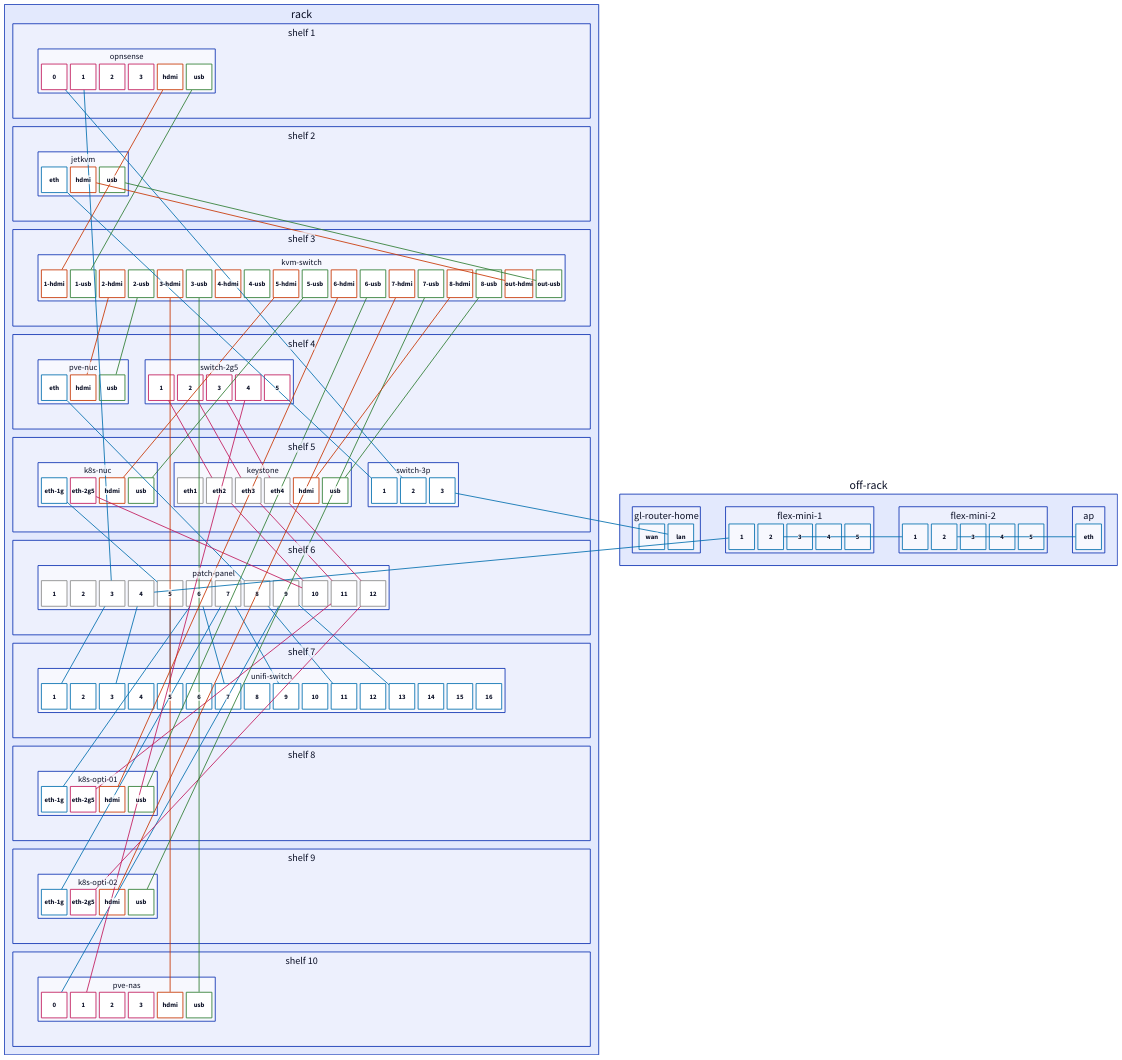
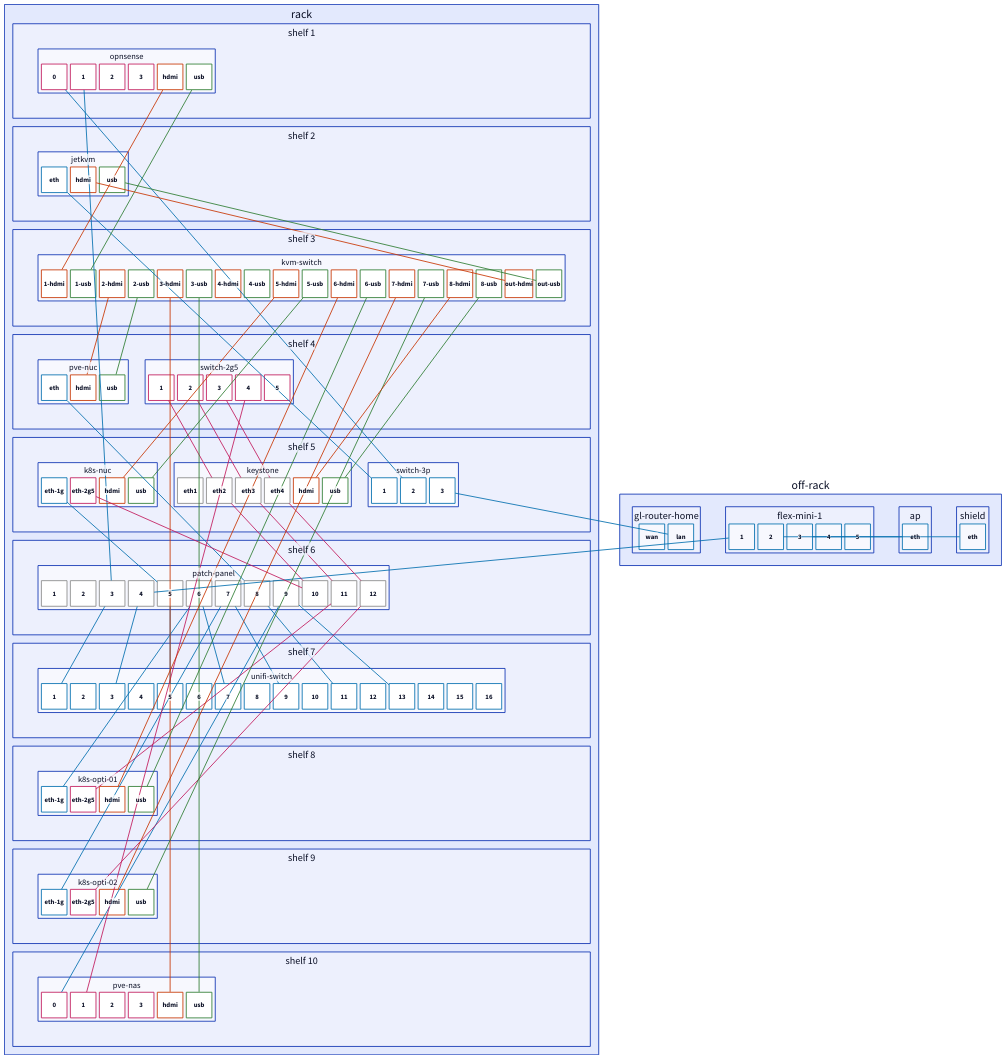
One commit to subbeh/home-ops changed the diagram in docs/diagrams/rack.d2. Above: the diagram before and after it, drawn with D2. The commit also changed 7 other files, not shown here.

First line of the commit message:
chore(network): list the off-rack Devices and their Cables

```diff
--- a/docs/diagrams/rack.d2
+++ b/docs/diagrams/rack.d2
@@ -205,16 +205,12 @@
     "4": {shape: square; width: 40; style.stroke: "#006EAF"}
     "5": {shape: square; width: 40; style.stroke: "#006EAF"}
   }
-  "flex-mini-2": {
+  "ap": {
     grid-rows: 1
     grid-gap: 8
-    "1": {shape: square; width: 40; style.stroke: "#006EAF"}
-    "2": {shape: square; width: 40; style.stroke: "#006EAF"}
-    "3": {shape: square; width: 40; style.stroke: "#006EAF"}
-    "4": {shape: square; width: 40; style.stroke: "#006EAF"}
-    "5": {shape: square; width: 40; style.stroke: "#006EAF"}
+    "eth": {shape: square; width: 40; style.stroke: "#006EAF"}
   }
-  "ap": {
+  "shield": {
     grid-rows: 1
     grid-gap: 8
     "eth": {shape: square; width: 40; style.stroke: "#006EAF"}
@@ -248,8 +244,8 @@
 rack."6"."patch-panel"."12" -- rack."5"."keystone"."eth4": {style.stroke: "#C2185B"; style.stroke-width: 2}
 rack."5"."keystone"."eth4" -- rack."4"."switch-2g5"."3": {style.stroke: "#C2185B"; style.stroke-width: 2}
 rack."10"."pve-nas"."1" -- rack."4"."switch-2g5"."4": {style.stroke: "#C2185B"; style.stroke-width: 2}
-off-rack."flex-mini-1"."2" -- off-rack."flex-mini-2"."1": {style.stroke: "#006EAF"; style.stroke-width: 2}
-off-rack."flex-mini-2"."2" -- off-rack."ap"."eth": {style.stroke: "#006EAF"; style.stroke-width: 2}
+off-rack."flex-mini-1"."2" -- off-rack."ap"."eth": {style.stroke: "#006EAF"; style.stroke-width: 2}
+off-rack."flex-mini-1"."3" -- off-rack."shield"."eth": {style.stroke: "#006EAF"; style.stroke-width: 2}
 rack."1"."opnsense"."hdmi" -- rack."3"."kvm-switch"."1-hdmi": {style.stroke: "#C73500"; style.stroke-width: 2}
 rack."1"."opnsense"."usb" -- rack."3"."kvm-switch"."1-usb": {style.stroke: "#2E7D32"; style.stroke-width: 2}
 rack."4"."pve-nuc"."hdmi" -- rack."3"."kvm-switch"."2-hdmi": {style.stroke: "#C73500"; style.stroke-width: 2}
```
